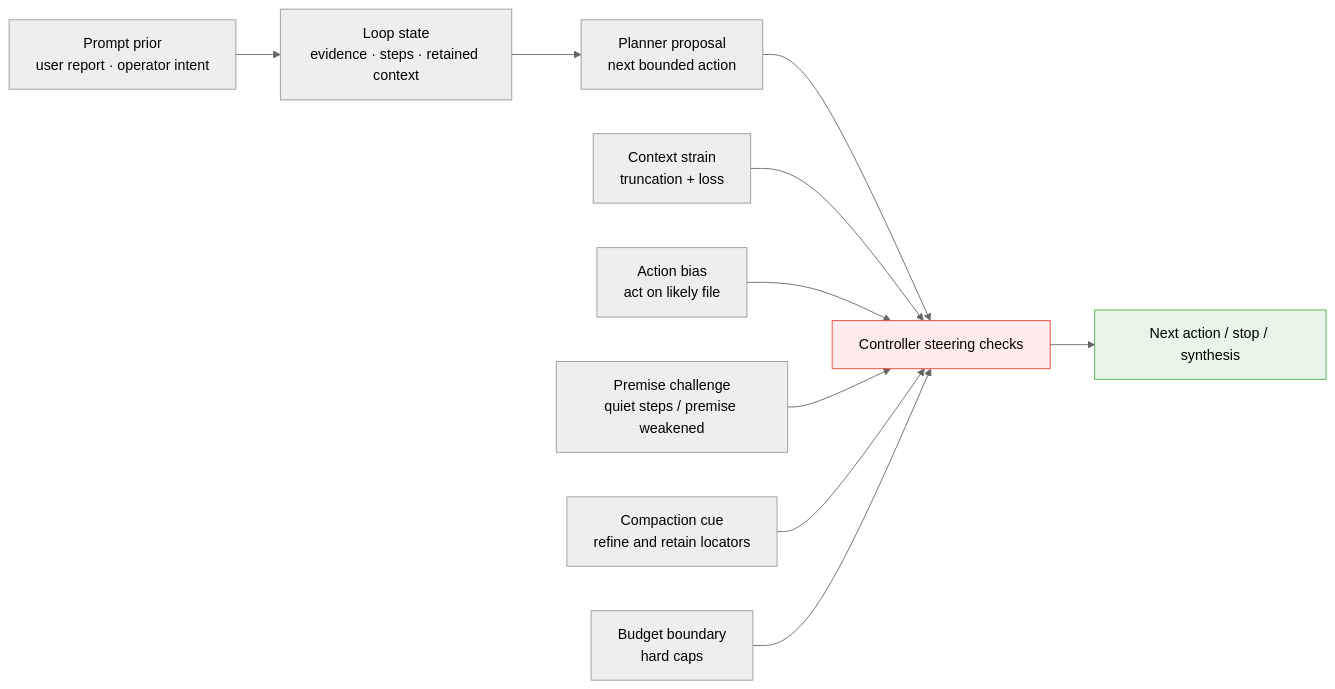
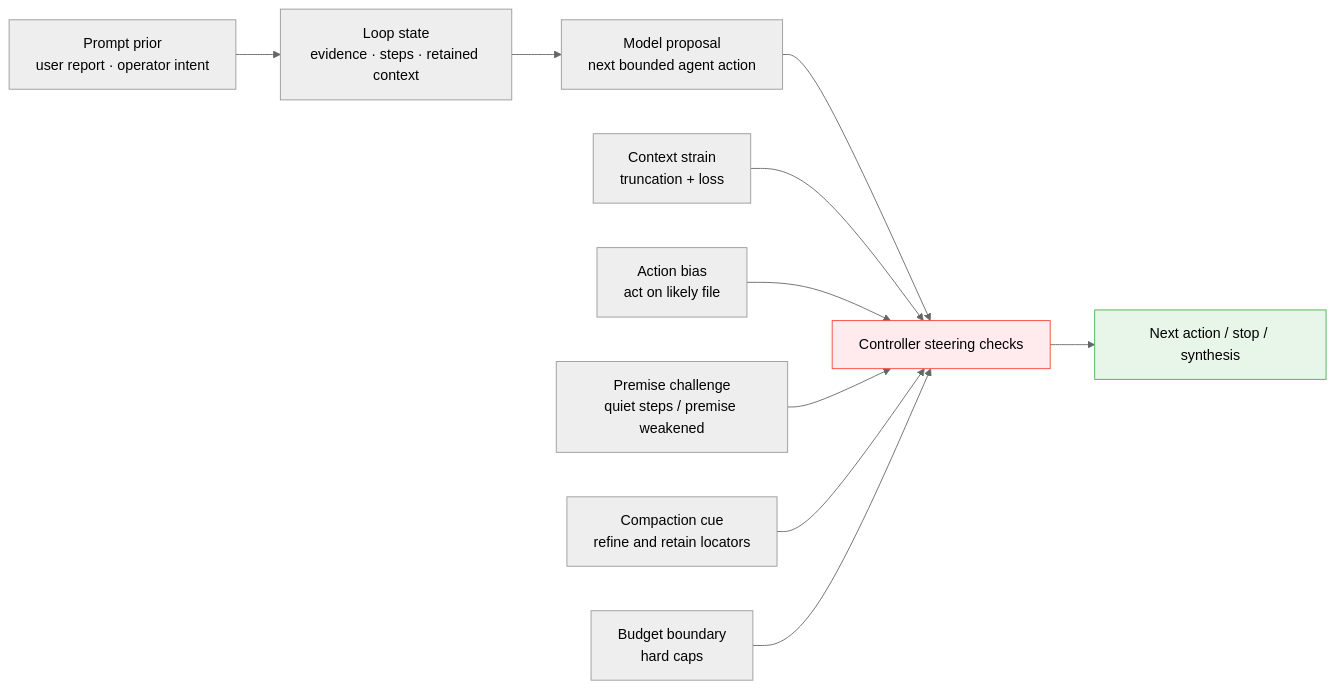
Before and after one commit to spoke-sh/paddles: the third of 3 diagrams in ARCHITECTURE.md, drawn with Mermaid (neutral theme). The commit also changed other lines of this file and 17 other files, not shown here.

````diff
--- a/ARCHITECTURE.md
+++ b/ARCHITECTURE.md
@@ -436,25 +460,25 @@
 ```mermaid
 flowchart LR
     Prior["Prompt prior<br/>user report · operator intent"]
-    Planner["Planner proposal<br/>next bounded action"]
+    Planner["Model proposal<br/>next bounded agent action"]
     Controller["Controller steering checks"]
     Loop["Loop state<br/>evidence · steps · retained context"]
     Outcome["Next action / stop / synthesis"]
 
     Context["Context strain<br/>truncation + loss"]
     Execution["Action bias<br/>act on likely file"]
     Evidence["Premise challenge<br/>quiet steps / premise weakened"]
     Compaction["Compaction cue<br/>refine and retain locators"]
     Budget["Budget boundary<br/>hard caps"]
 
     Prior --> Loop
     Loop --> Planner --> Controller --> Outcome
     Context --> Controller
     Execution --> Controller
     Evidence --> Controller
     Compaction --> Controller
     Budget --> Controller
 
     style Controller fill:#ffebee,stroke:#f44336
     style Outcome fill:#e8f5e9,stroke:#4CAF50
 ```
````
